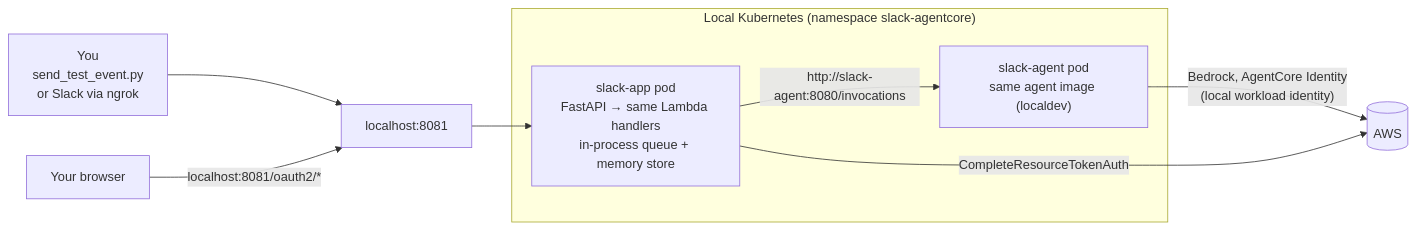
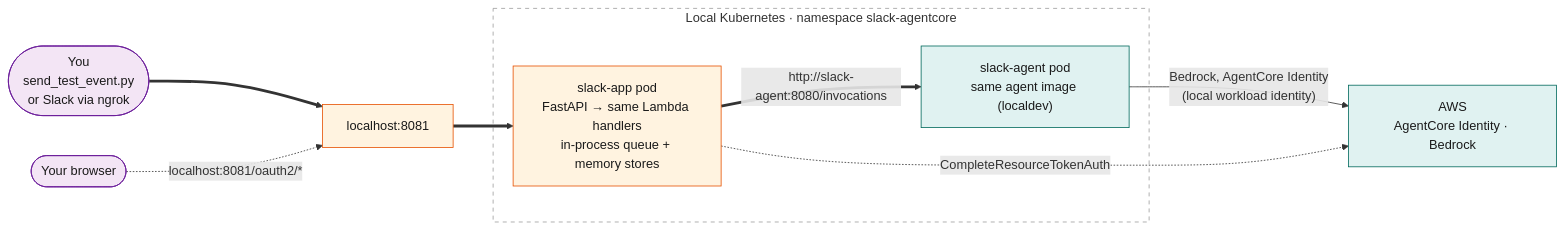
One commit to agent-runtime-labs/slack-agentcore-app changed diagram 12 of 12 in docs/architecture.md. Above: the diagram before and after it, drawn with Mermaid. The commit also changed other lines of this file and 2 other files, not shown here.

Commit message:
Updated Architecture (#28)

````diff
--- a/docs/architecture.md
+++ b/docs/architecture.md
@@ -248,13 +585,24 @@
 ```mermaid
 flowchart LR
-    DEV["You<br/>send_test_event.py<br/>or Slack via ngrok"] --> PF1["localhost:8081"]
-    subgraph K8S["Local Kubernetes (namespace slack-agentcore)"]
-        APP["slack-app pod<br/>FastAPI → same Lambda handlers<br/>in-process queue + memory store"]
-        AG["slack-agent pod<br/>same agent image (localdev)"]
+    DEV(["You<br/>send_test_event.py<br/>or Slack via ngrok"]):::slack
+    BRW(["Your browser"]):::slack
+    PF1["localhost:8081"]:::aws
+
+    subgraph K8S["Local Kubernetes · namespace slack-agentcore"]
+        APP["slack-app pod<br/>FastAPI → same Lambda handlers<br/>in-process queue + memory stores"]:::aws
+        AG["slack-agent pod<br/>same agent image (localdev)"]:::agentcore
     end
-    PF1 --> APP
-    APP -- "http://slack-agent:8080/invocations" --> AG
-    AG -- "Bedrock, AgentCore Identity<br/>(local workload identity)" --> AWS[(AWS)]
-    APP -- "CompleteResourceTokenAuth" --> AWS
-    Browser["Your browser"] -- "localhost:8081/oauth2/*" --> PF1
+
+    AWS["AWS<br/>AgentCore Identity · Bedrock"]:::agentcore
+
+    DEV ==> PF1 ==> APP
+    APP == "http://slack-agent:8080/invocations" ==> AG
+    AG -- "Bedrock, AgentCore Identity<br/>(local workload identity)" --> AWS
+    BRW -. "localhost:8081/oauth2/*" .-> PF1
+    APP -. "CompleteResourceTokenAuth" .-> AWS
+
+    style K8S fill:none,stroke:#9e9e9e,stroke-dasharray:5 5
+    classDef slack fill:#f3e5f5,stroke:#6a1b9a,color:#1a1a1a
+    classDef aws fill:#fff3e0,stroke:#e65100,color:#1a1a1a
+    classDef agentcore fill:#e0f2f1,stroke:#00695c,color:#1a1a1a
 ```
````
